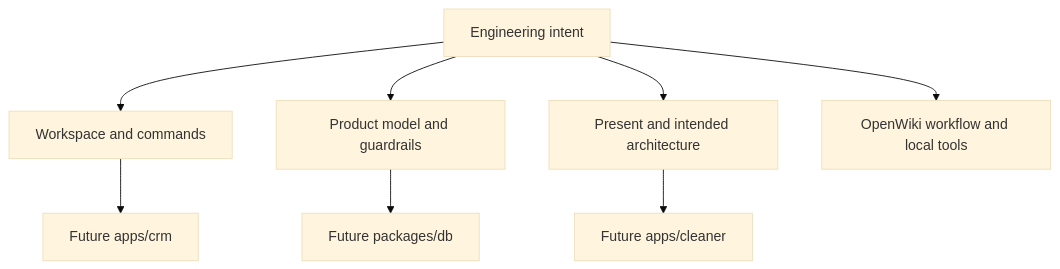
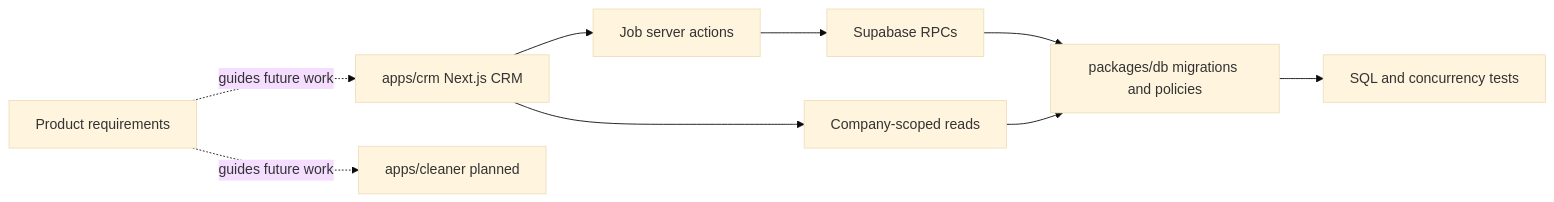
The diagram in openwiki/quickstart.md (lspinheiro/clean_app_crm), drawn with Mermaid (base theme) before and after one commit. The commit also changed other lines of this file and 24 other files, not shown here.

````diff
--- a/openwiki/quickstart.md
+++ b/openwiki/quickstart.md
@@ -14,10 +18,11 @@
 ```mermaid
-flowchart TD
-    Intent["Engineering intent"] --> Workspace["Workspace and commands"]
-    Intent --> Domain["Product model and guardrails"]
-    Intent --> Architecture["Present and intended architecture"]
-    Intent --> Operations["OpenWiki workflow and local tools"]
-    Workspace --> FutureCRM["Future apps/crm"]
-    Domain --> FutureDB["Future packages/db"]
-    Architecture --> FutureCleaner["Future apps/cleaner"]
+flowchart LR
+    CRM["apps/crm Next.js CRM"] --> Actions["Job server actions"]
+    Actions --> RPCs["Supabase RPCs"]
+    CRM --> Reads["Company-scoped reads"]
+    RPCs --> DB["packages/db migrations and policies"]
+    Reads --> DB
+    DB --> Tests["SQL and concurrency tests"]
+    Product["Product requirements"] -. guides future work .-> CRM
+    Product -. guides future work .-> Cleaner["apps/cleaner planned"]
 ```
````
